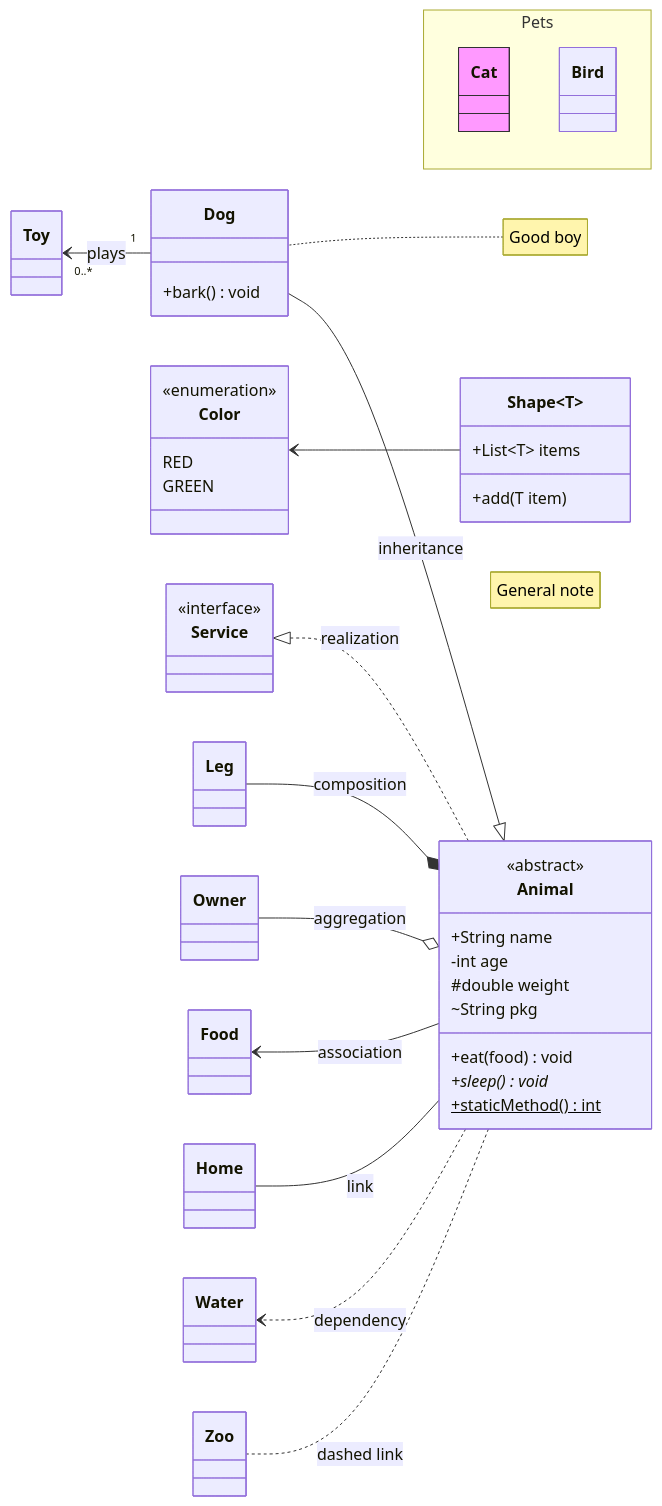
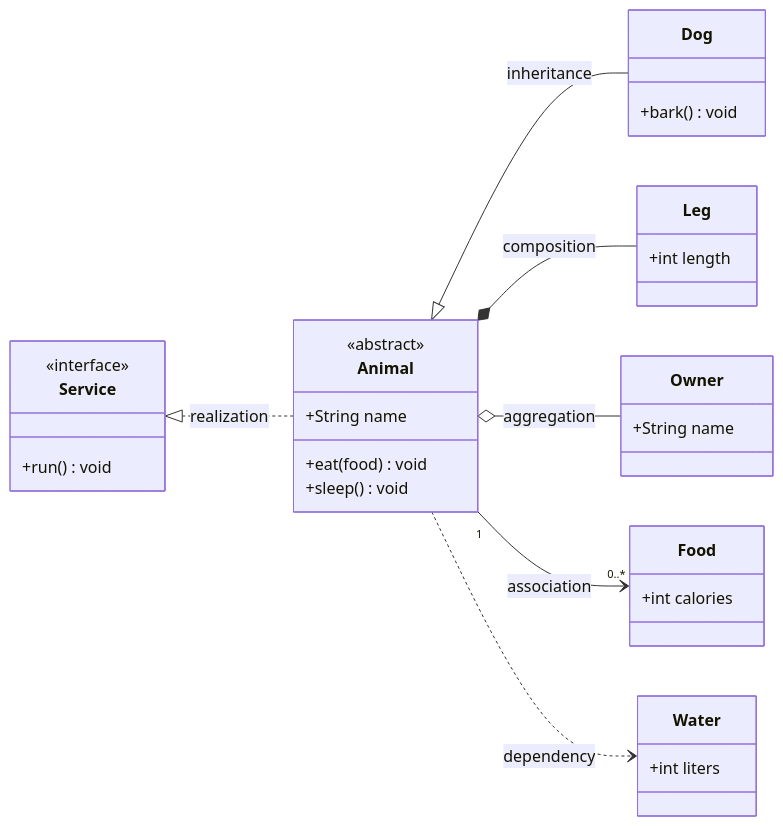
The first of 12 diagrams in docs/mermaid/class.md (dvgamerr-app/markdown-viewer), drawn with Mermaid before and after one commit. The commit also changed other lines of this file, not shown here.

Commit message:
docs: restyle the class diagram examples

````diff
--- a/docs/mermaid/class.md
+++ b/docs/mermaid/class.md
@@ -3,49 +11,36 @@
 ```mermaid
 classDiagram
-  direction RL
-  note "General note"
+  direction LR
+  class Service {
+    <<interface>>
+    +run() void
+  }
   class Animal {
     <<abstract>>
     +String name
-    -int age
-    #double weight
-    ~String pkg
     +eat(food) void
-    +sleep()* void
-    +staticMethod()$ int
+    +sleep() void
   }
   class Dog {
     +bark() void
   }
-  class Shape~T~ {
-    +List~T~ items
-    +add(T item)
+  class Leg {
+    +int length
   }
-  class Color {
-    <<enumeration>>
-    RED
-    GREEN
+  class Owner {
+    +String name
   }
-  class Service {
-    <<interface>>
+  class Food {
+    +int calories
+  }
+  class Water {
+    +int liters
   }
   Animal <|-- Dog : inheritance
+  Service <|.. Animal : realization
   Animal *-- Leg : composition
   Animal o-- Owner : aggregation
-  Animal --> Food : association
-  Animal -- Home : link
+  Animal "1" --> "0..*" Food : association
   Animal ..> Water : dependency
-  Animal ..|> Service : realization
-  Animal .. Zoo : dashed link
-  Dog "1" --> "0..*" Toy : plays
-  Shape~T~ --> Color
-  note for Dog "Good boy"
-  namespace Pets {
-    class Cat
-    class Bird
-  }
-  callback Dog "alertFn" "Tooltip"
-  click Animal href "https://example.com" "Open"
-  cssClass "Dog" highlight
-  style Cat fill:#f9f,stroke:#333
+  cssClass "Animal" focal
 ```
````
